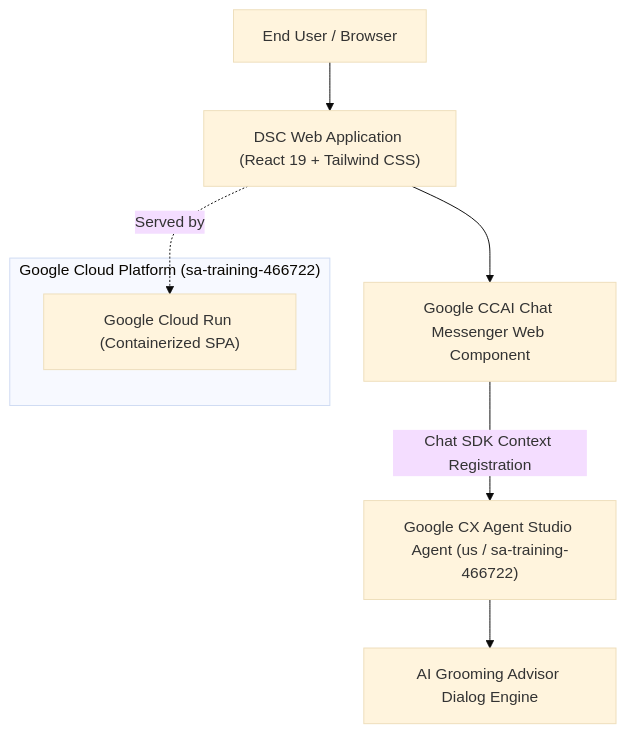
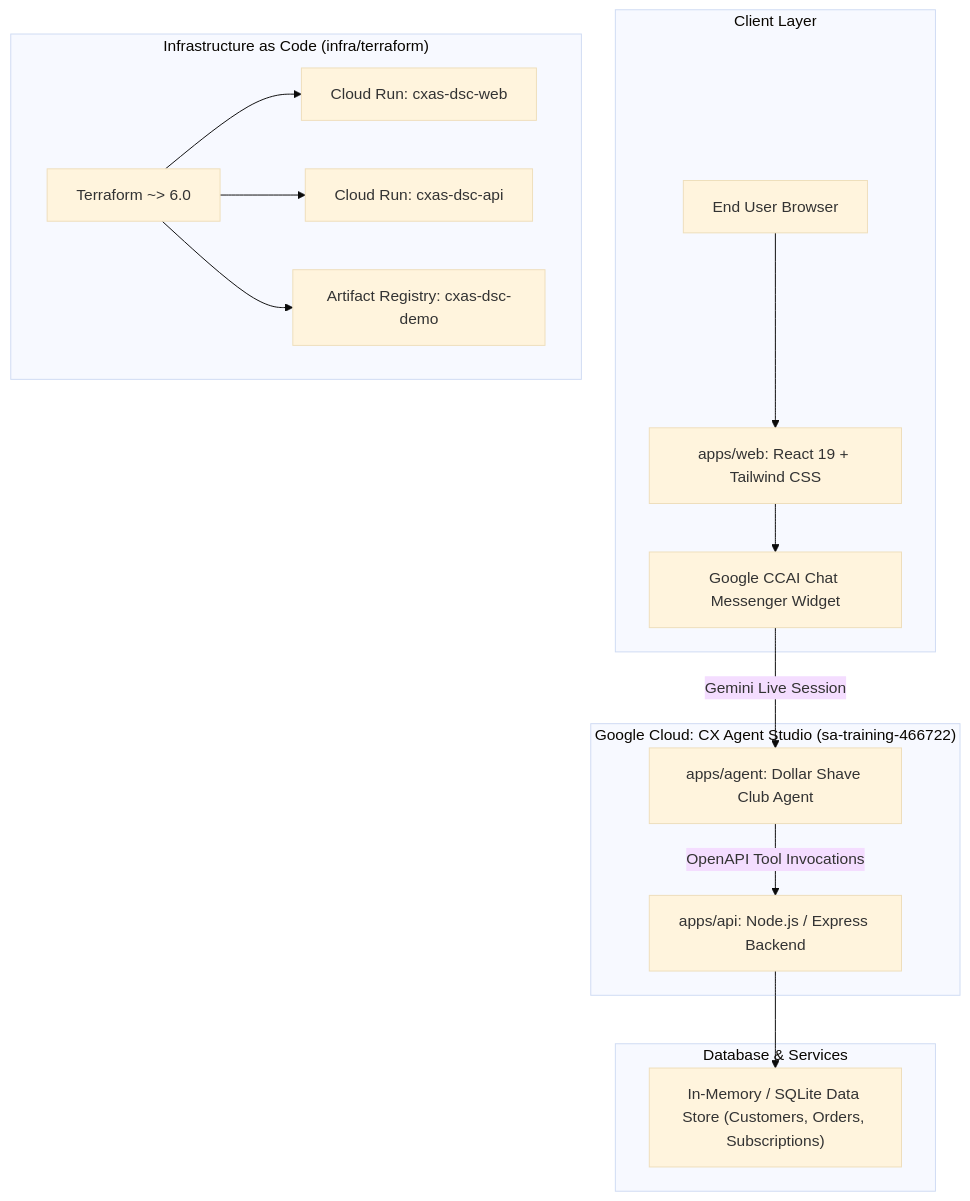
Before and after one commit to smfaherty-t/cxas-agy-dsc-demo: the diagram in README.md, drawn with Mermaid (base theme). The commit also changed other lines of this file and 53 other files, not shown here.

Commit message:
feat: transform to monorepo with backend api, cxas agent, and terraform

````diff
--- a/README.md
+++ b/README.md
@@ -9,12 +12,22 @@
 ```mermaid
 flowchart TD
-    User["End User / Browser"] --> WebApp["DSC Web Application (React 19 + Tailwind CSS)"]
-    WebApp --> CCAIWidget["Google CCAI Chat Messenger Web Component"]
-    CCAIWidget -->|Chat SDK Context Registration| CXAS["Google CX Agent Studio Agent (us / sa-training-466722)"]
-    CXAS --> GroomingAdvisor["AI Grooming Advisor Dialog Engine"]
+    subgraph Client ["Client Layer"]
+      User["End User Browser"] --> WebApp["apps/web: React 19 + Tailwind CSS"]
+      WebApp --> ChatWidget["Google CCAI Chat Messenger Widget"]
+    end
 
-    subgraph Hosting ["Google Cloud Platform (sa-training-466722)"]
-      CloudRun["Google Cloud Run (Containerized SPA)"]
+    subgraph ConversationalAI ["Google Cloud: CX Agent Studio (sa-training-466722)"]
+      ChatWidget -->|Gemini Live Session| CXAS["apps/agent: Dollar Shave Club Agent"]
+      CXAS -->|OpenAPI Tool Invocations| APIService["apps/api: Node.js / Express Backend"]
     end
-    WebApp -.->|Served by| CloudRun
+
+    subgraph DataLayer ["Database & Services"]
+      APIService --> InMemDB["In-Memory / SQLite Data Store (Customers, Orders, Subscriptions)"]
+    end
+
+    subgraph Infrastructure ["Infrastructure as Code (infra/terraform)"]
+      Terraform["Terraform ~> 6.0"] --> CloudRunWeb["Cloud Run: cxas-dsc-web"]
+      Terraform --> CloudRunAPI["Cloud Run: cxas-dsc-api"]
+      Terraform --> ArtifactRegistry["Artifact Registry: cxas-dsc-demo"]
+    end
 ```
````
